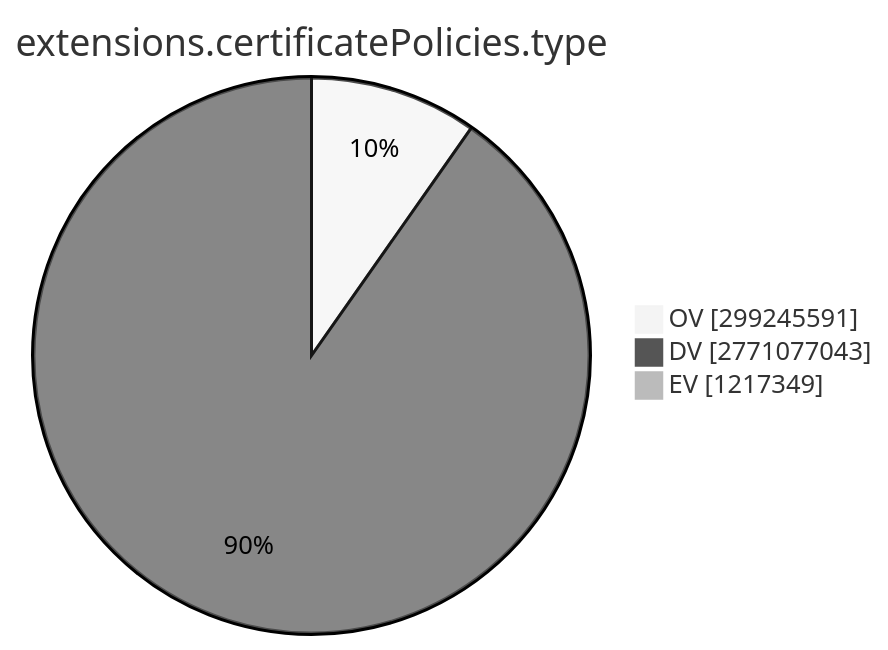
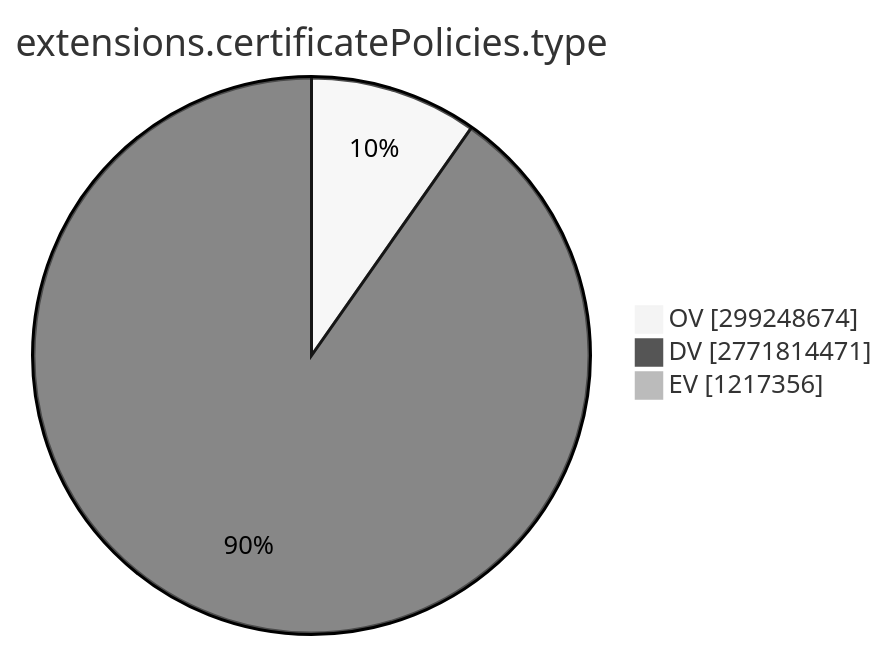
One commit to christiankrug/ctmonitor_visualization changed the ninth of 15 diagrams in TOTAL/README.md. Above: the diagram before and after it, drawn with Mermaid (neutral theme). The commit also changed other lines of this file, not shown here.

````diff
--- a/TOTAL/README.md
+++ b/TOTAL/README.md
@@ -3101,7 +3101,7 @@
 ```mermaid
 pie showData
 title extensions.certificatePolicies.type
-"OV" :299245591
-"DV" :2771077043
-"EV" :1217349
+"OV" :299248674
+"DV" :2771814471
+"EV" :1217356
 ```
````
